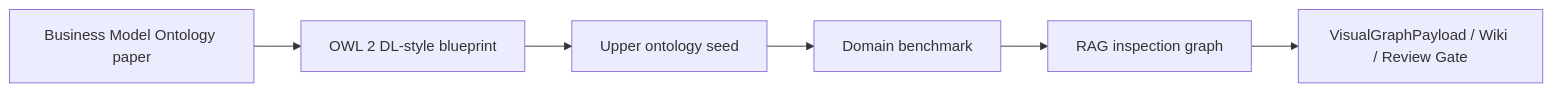
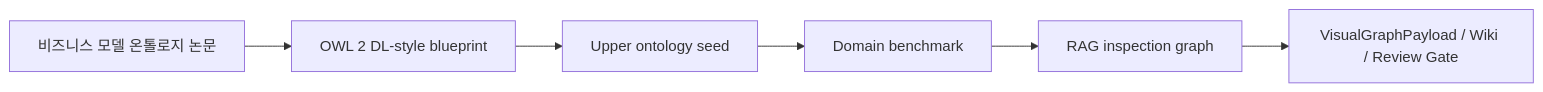
Before and after one commit to jungyonghi/bike-onto: the second of 3 diagrams in README.md, drawn with Mermaid. The commit also changed other lines of this file and 2 other files, not shown here.

````diff
--- a/README.md
+++ b/README.md
@@ -152,8 +152,8 @@
 ```mermaid
 flowchart LR
-    BMO[Business Model Ontology paper] --> BP[OWL 2 DL-style blueprint]
+    BMO[비즈니스 모델 온톨로지 논문] --> BP[OWL 2 DL-style blueprint]
     BP --> US[Upper ontology seed]
     US --> DB[Domain benchmark]
     DB --> RG[RAG inspection graph]
     RG --> OUT[VisualGraphPayload / Wiki / Review Gate]
 ```
````
